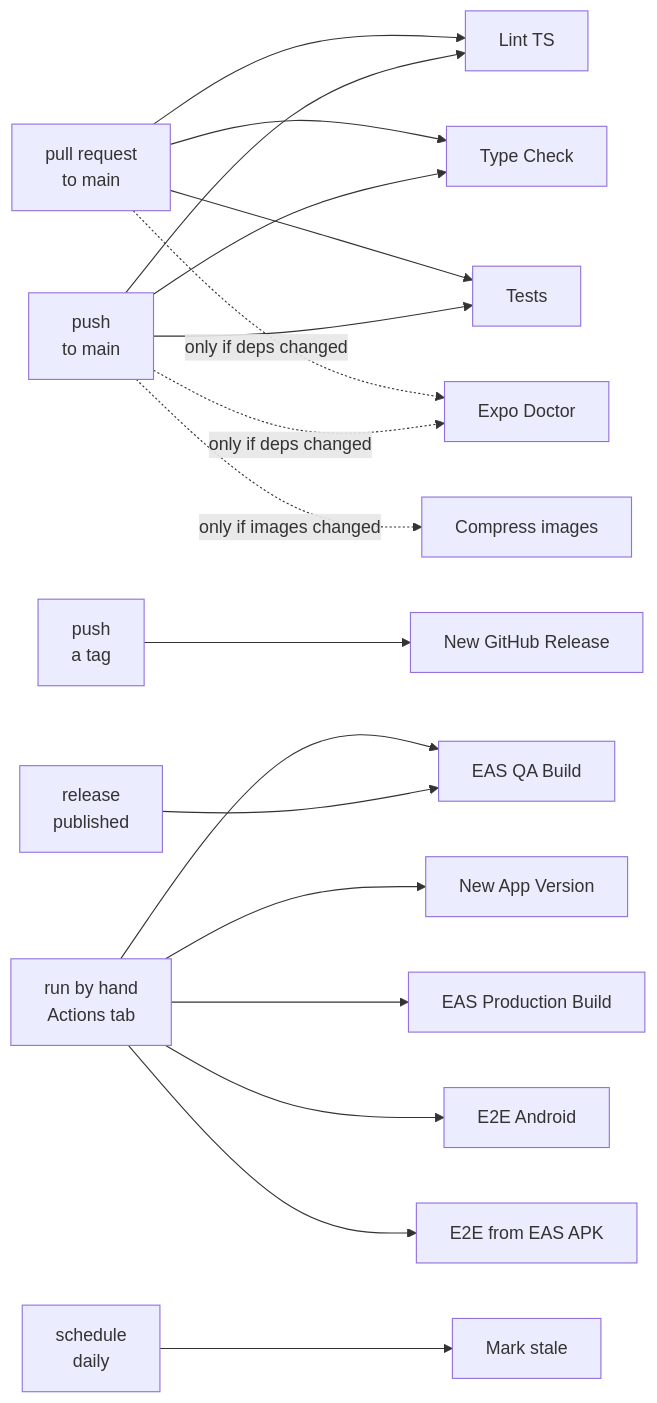
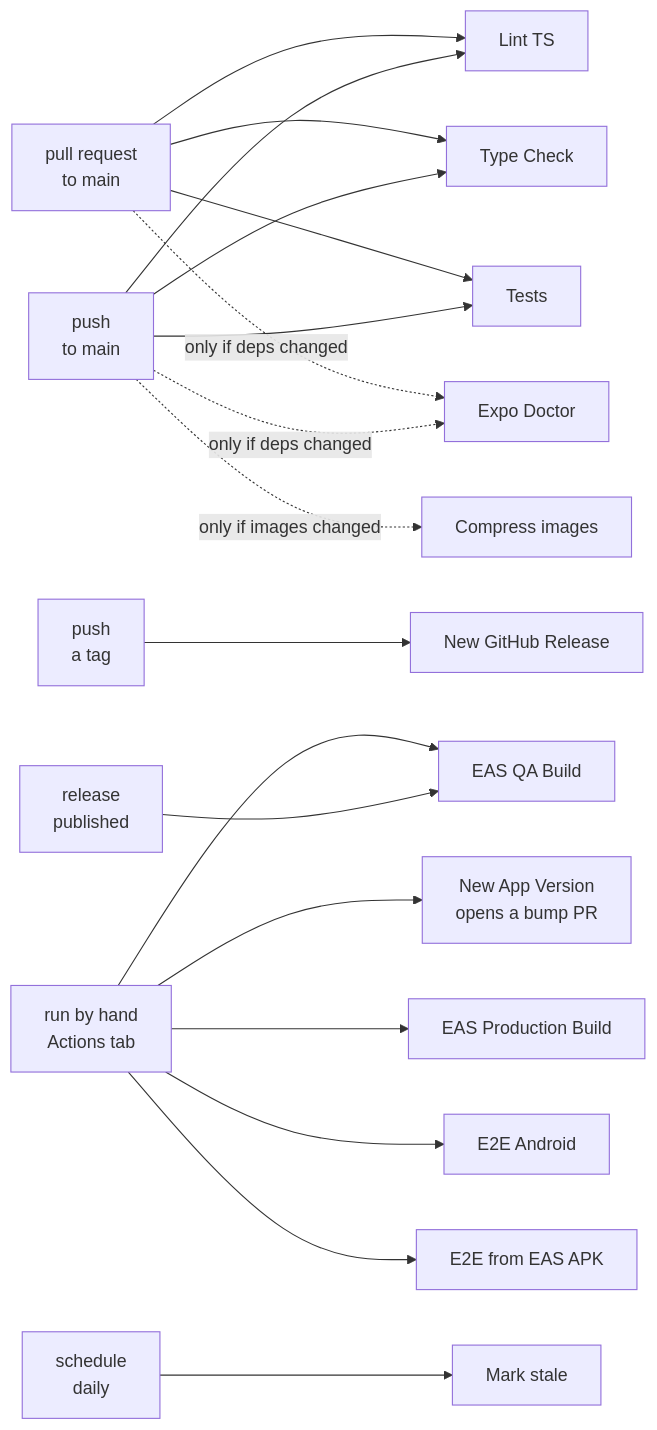
One commit to TiagoOlivv/s-expo changed the first of 2 diagrams in docs/ci/workflows.md. Above: the diagram before and after it, drawn with Mermaid. The commit also changed other lines of this file and 5 other files, not shown here.

````diff
--- a/docs/ci/workflows.md
+++ b/docs/ci/workflows.md
@@ -7,30 +7,30 @@
 ```mermaid
 flowchart LR
     PR["pull request<br/>to main"]
     PUSH["push<br/>to main"]
     TAG["push<br/>a tag"]
     REL["release<br/>published"]
     MAN["run by hand<br/>Actions tab"]
     CRON["schedule<br/>daily"]
 
     PR --> LINT["Lint TS"]
     PR --> TYPE["Type Check"]
     PR --> TEST["Tests"]
     PR -.->|"only if deps changed"| DOC["Expo Doctor"]
 
     PUSH --> LINT
     PUSH --> TYPE
     PUSH --> TEST
     PUSH -.->|"only if deps changed"| DOC
     PUSH -.->|"only if images changed"| IMG["Compress images"]
 
-    MAN --> VER["New App Version"]
+    MAN --> VER["New App Version<br/>opens a bump PR"]
     MAN --> QA["EAS QA Build"]
     MAN --> PROD["EAS Production Build"]
     MAN --> E2EAS["E2E Android"]
     MAN --> E2EAS2["E2E from EAS APK"]
 
     TAG --> GHREL["New GitHub Release"]
     REL --> QA
     CRON --> STALE["Mark stale"]
 ```
````
